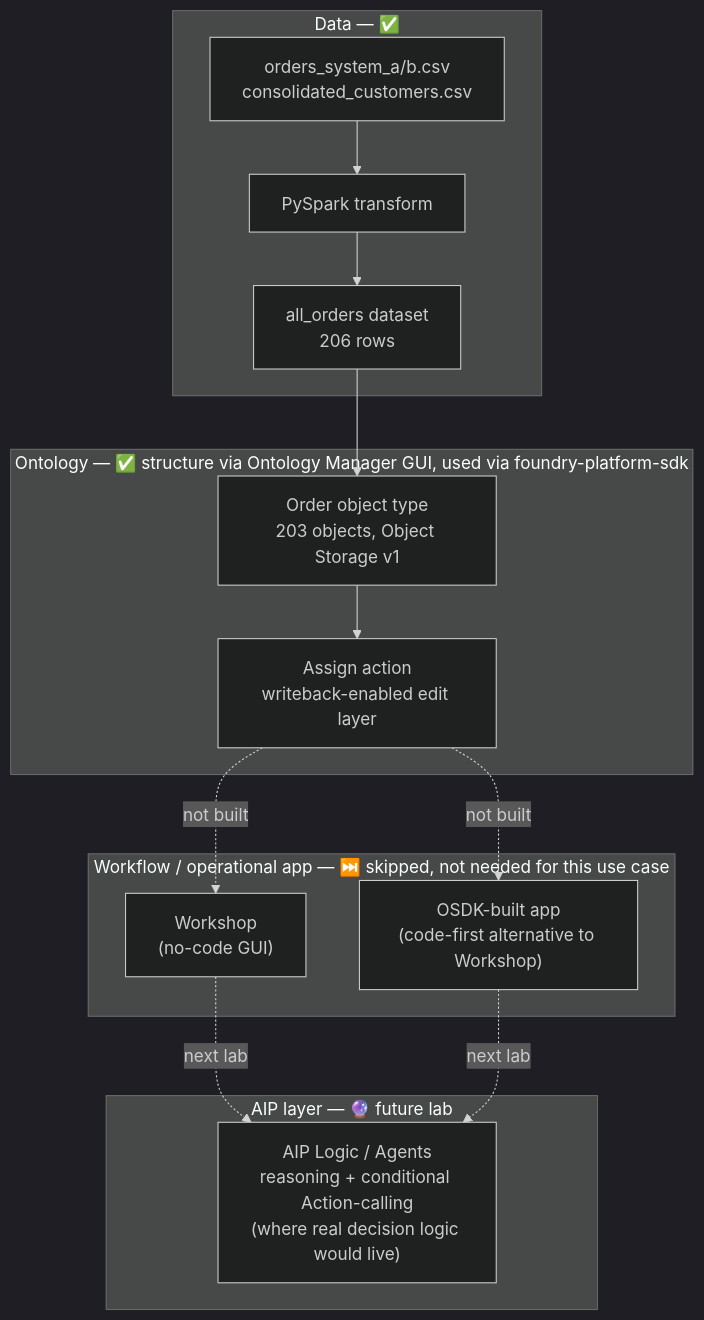
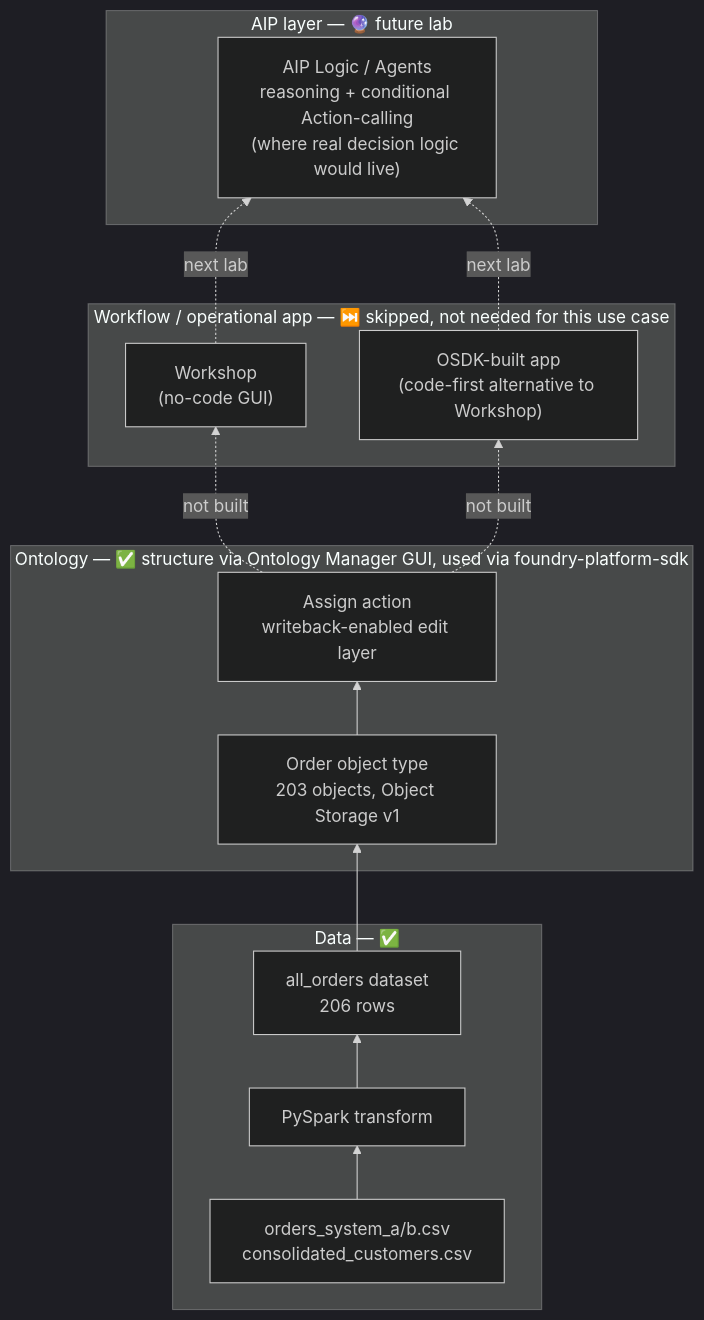
One commit to fmlin0429712024/foundry-poc changed the diagram in README.md. Above: the diagram before and after it, drawn with Mermaid (dark theme).

Commit message:
Flip architecture diagram to bottom-up (Data at base, AIP on top)

````diff
--- a/README.md
+++ b/README.md
@@ -30,28 +30,28 @@
 ```mermaid
-flowchart TB
+flowchart BT
     subgraph AIP["AIP layer — 🔮 future lab"]
         aip["AIP Logic / Agents<br/>reasoning + conditional Action-calling<br/>(where real decision logic would live)"]
     end
 
     subgraph WORKFLOW["Workflow / operational app — ⏭️ skipped, not needed for this use case"]
         workshop["Workshop<br/>(no-code GUI)"]
         osdk["OSDK-built app<br/>(code-first alternative to Workshop)"]
     end
 
     subgraph ONTOLOGY["Ontology — ✅ structure via Ontology Manager GUI, used via foundry-platform-sdk"]
         objtype["Order object type<br/>203 objects, Object Storage v1"]
         action["Assign action<br/>writeback-enabled edit layer"]
     end
 
     subgraph DATA["Data — ✅"]
         raw["orders_system_a/b.csv<br/>consolidated_customers.csv"]
         transform["PySpark transform"]
         allorders["all_orders dataset<br/>206 rows"]
     end
 
     raw --> transform --> allorders --> objtype --> action
     action -.not built.-> workshop
     action -.not built.-> osdk
     workshop -.next lab.-> aip
     osdk -.next lab.-> aip
 ```
````
